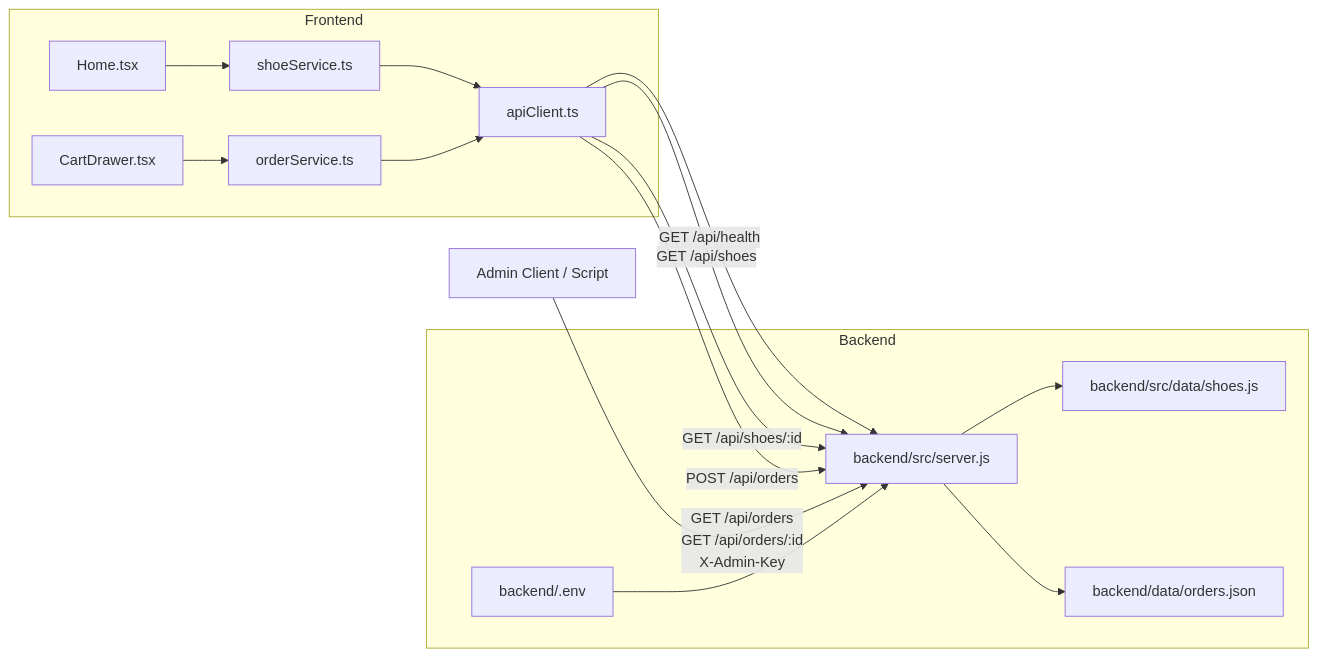
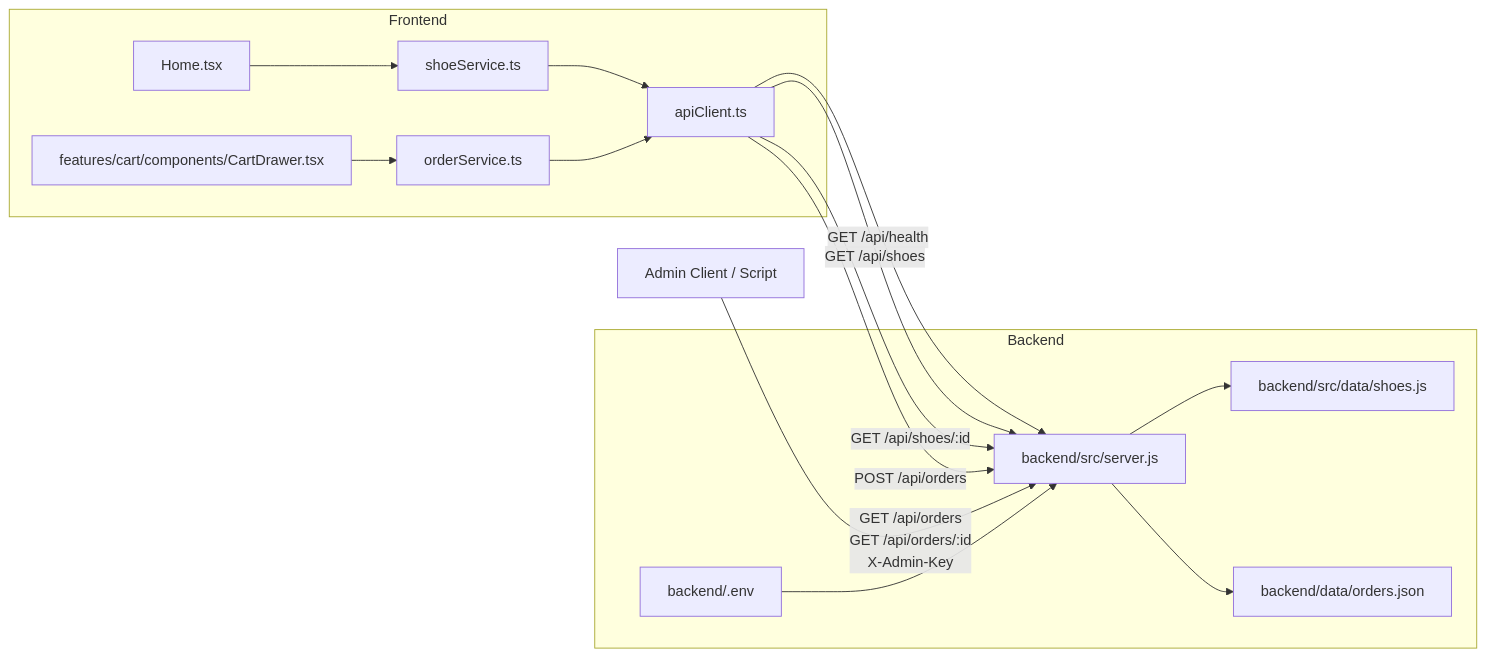
One commit to sayem2305101175-gif/web changed the second of 4 diagrams in backend/BACKEND_PLAN.md. Above: the diagram before and after it, drawn with Mermaid. The commit also changed other lines of this file and 1 other file, not shown here.

````diff
--- a/backend/BACKEND_PLAN.md
+++ b/backend/BACKEND_PLAN.md
@@ -79,35 +79,35 @@
 ```mermaid
 flowchart LR
     subgraph Frontend
         Home["Home.tsx"]
-        Cart["CartDrawer.tsx"]
+        Cart["features/cart/components/CartDrawer.tsx"]
         ShoeSvc["shoeService.ts"]
         OrderSvc["orderService.ts"]
         ApiClient["apiClient.ts"]
     end
 
     subgraph Backend
         Server["backend/src/server.js"]
         Shoes["backend/src/data/shoes.js"]
         Orders["backend/data/orders.json"]
         Env["backend/.env"]
     end
 
     Admin["Admin Client / Script"]
 
     Home --> ShoeSvc
     Cart --> OrderSvc
     ShoeSvc --> ApiClient
     OrderSvc --> ApiClient
 
     ApiClient -->|"GET /api/health"| Server
     ApiClient -->|"GET /api/shoes"| Server
     ApiClient -->|"GET /api/shoes/:id"| Server
     ApiClient -->|"POST /api/orders"| Server
 
     Admin -->|"GET /api/orders\nGET /api/orders/:id\nX-Admin-Key"| Server
 
     Env --> Server
     Server --> Shoes
     Server --> Orders
 ```
````
